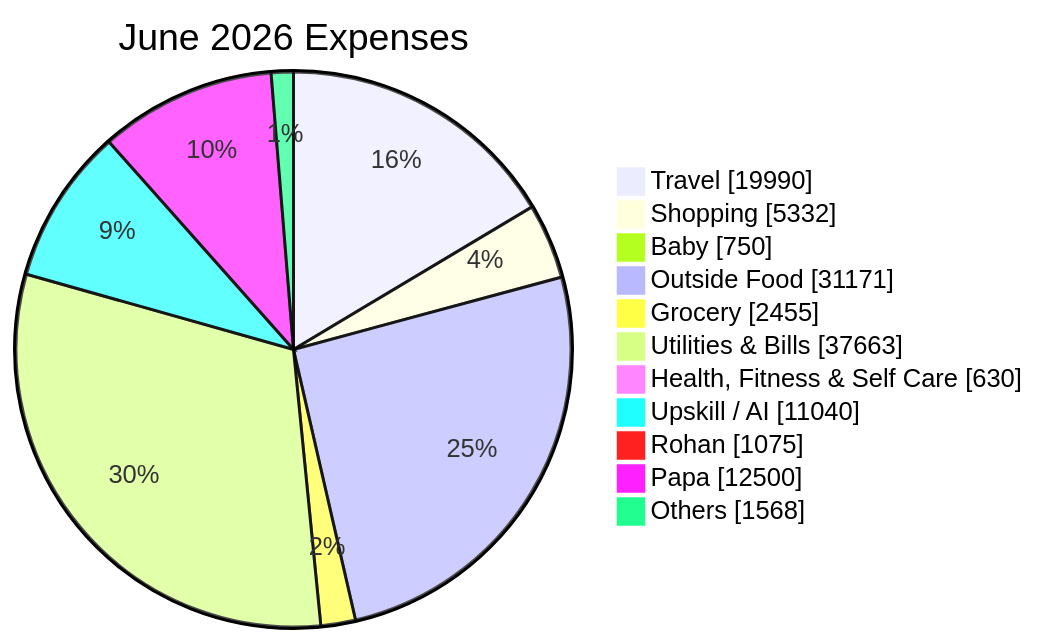
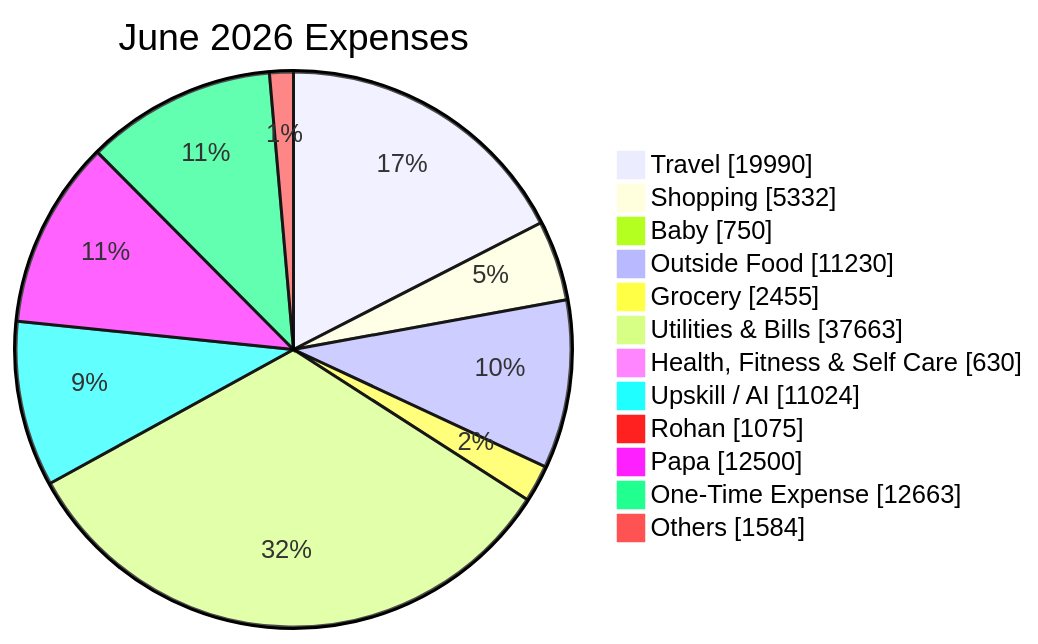
The second of 2 diagrams in reports/2026-06.md (sachin-hg/expense-reporter), drawn with Mermaid before and after one commit. The commit also changed other lines of this file and 18 other files, not shown here.

````diff
--- a/reports/2026-06.md
+++ b/reports/2026-06.md
@@ -49,15 +49,16 @@
 ```mermaid
 pie showData
     title June 2026 Expenses
     "Travel" : 19990
     "Shopping" : 5332
     "Baby" : 750
-    "Outside Food" : 31171
+    "Outside Food" : 11230
     "Grocery" : 2455
     "Utilities & Bills" : 37663
     "Health, Fitness & Self Care" : 630
-    "Upskill / AI" : 11040
+    "Upskill / AI" : 11024
     "Rohan" : 1075
     "Papa" : 12500
-    "Others" : 1568
+    "One-Time Expense" : 12663
+    "Others" : 1584
 ```
````
